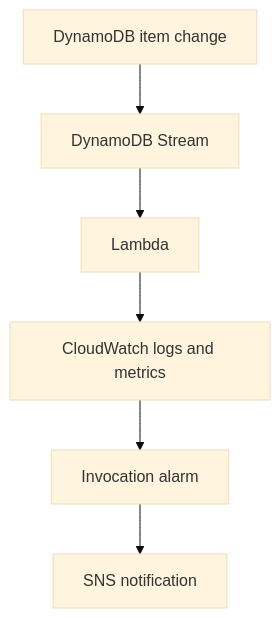
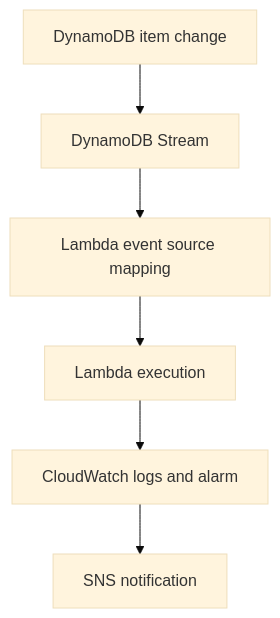
Before and after one commit to devgarza-ai/aws-cloud-labs: the diagram in labs/06-serverless-event-observability/README.md, drawn with Mermaid (base theme). The commit also changed other lines of this file and 10 other files, not shown here.

````diff
--- a/labs/06-serverless-event-observability/README.md
+++ b/labs/06-serverless-event-observability/README.md
@@ -12,8 +7,8 @@
 ```mermaid
 flowchart TD
     A["DynamoDB item change"] --> B["DynamoDB Stream"]
-    B --> C["Lambda"]
-    C --> D["CloudWatch logs and metrics"]
-    D --> E["Invocation alarm"]
+    B --> C["Lambda event source mapping"]
+    C --> D["Lambda execution"]
+    D --> E["CloudWatch logs and alarm"]
     E --> F["SNS notification"]
 ```
````
